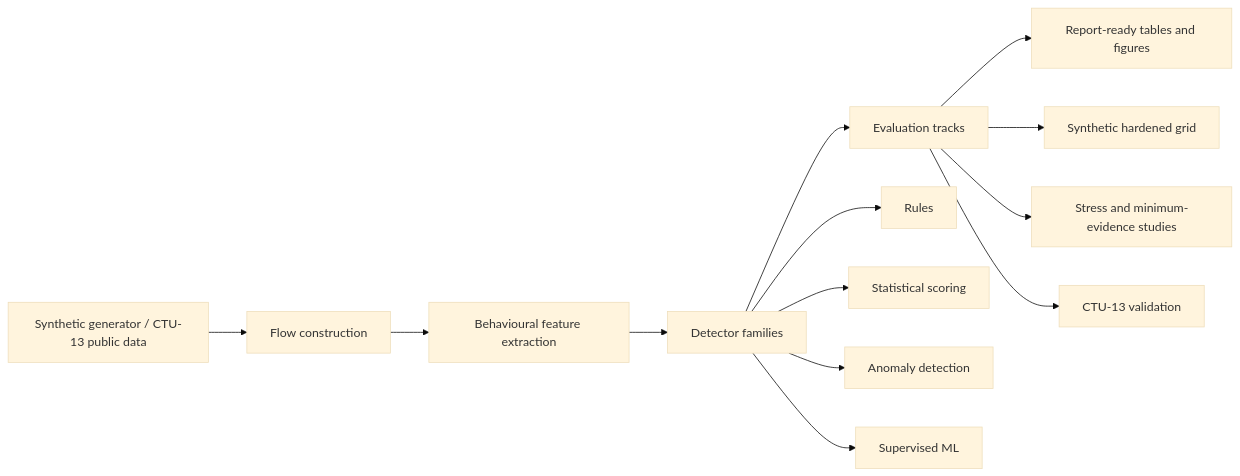
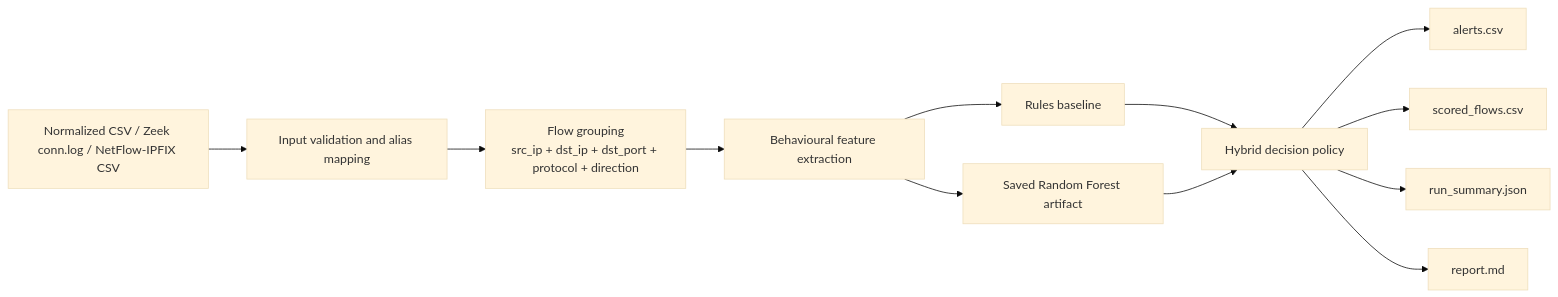
Before and after one commit to jarems421/Beaconing-detection-system: the diagram in README.md, drawn with Mermaid (base theme). The commit also changed other lines of this file, not shown here.

````diff
--- a/README.md
+++ b/README.md
@@ -42,17 +35,14 @@
 ```mermaid
 flowchart LR
-    A[Synthetic generator / CTU-13 public data] --> B[Flow construction]
-    B --> C[Behavioural feature extraction]
-    C --> D[Detector families]
-    D --> E[Evaluation tracks]
-    E --> F[Report-ready tables and figures]
-
-    D --> D1[Rules]
-    D --> D2[Statistical scoring]
-    D --> D3[Anomaly detection]
-    D --> D4[Supervised ML]
-
-    E --> E1[Synthetic hardened grid]
-    E --> E2[Stress and minimum-evidence studies]
-    E --> E3[CTU-13 validation]
+    A[Normalized CSV / Zeek conn.log / NetFlow-IPFIX CSV] --> B[Input validation and alias mapping]
+    B --> C[Flow grouping<br/>src_ip + dst_ip + dst_port + protocol + direction]
+    C --> D[Behavioural feature extraction]
+    D --> E1[Rules baseline]
+    D --> E2[Saved Random Forest artifact]
+    E1 --> F[Hybrid decision policy]
+    E2 --> F
+    F --> G[alerts.csv]
+    F --> H[scored_flows.csv]
+    F --> I[run_summary.json]
+    F --> J[report.md]
 ```
````
